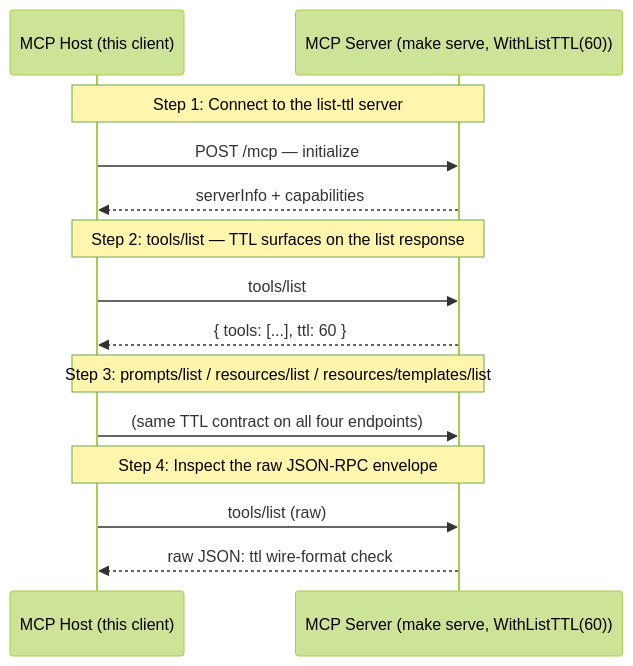
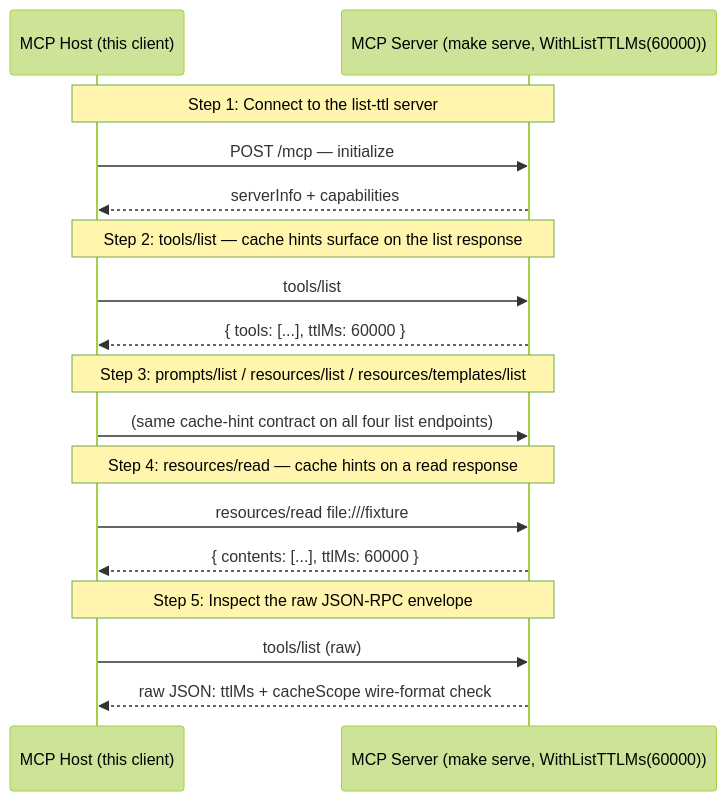
One commit to panyam/mcpkit changed the diagram in examples/list-ttl/WALKTHROUGH.md. Above: the diagram before and after it, drawn with Mermaid (forest theme). The commit also changed other lines of this file and 18 other files, not shown here.

First line of the commit message:
feat(core,server,client): SEP-2549 Final-merge catch-up (ttlMs + cacheScope + resources/read)

````diff
--- a/examples/list-ttl/WALKTHROUGH.md
+++ b/examples/list-ttl/WALKTHROUGH.md
@@ -14,20 +15,24 @@
 ```mermaid
 sequenceDiagram
     participant Host as MCP Host (this client)
-    participant Server as MCP Server (make serve, WithListTTL(60))
+    participant Server as MCP Server (make serve, WithListTTLMs(60000))
 
     Note over Host,Server: Step 1: Connect to the list-ttl server
     Host->>Server: POST /mcp — initialize
     Server-->>Host: serverInfo + capabilities
 
-    Note over Host,Server: Step 2: tools/list — TTL surfaces on the list response
+    Note over Host,Server: Step 2: tools/list — cache hints surface on the list response
     Host->>Server: tools/list
-    Server-->>Host: { tools: [...], ttl: 60 }
+    Server-->>Host: { tools: [...], ttlMs: 60000 }
 
     Note over Host,Server: Step 3: prompts/list / resources/list / resources/templates/list
-    Host->>Server: (same TTL contract on all four endpoints)
+    Host->>Server: (same cache-hint contract on all four list endpoints)
 
-    Note over Host,Server: Step 4: Inspect the raw JSON-RPC envelope
+    Note over Host,Server: Step 4: resources/read — cache hints on a read response
+    Host->>Server: resources/read file:///fixture
+    Server-->>Host: { contents: [...], ttlMs: 60000 }
+
+    Note over Host,Server: Step 5: Inspect the raw JSON-RPC envelope
     Host->>Server: tools/list (raw)
-    Server-->>Host: raw JSON: ttl wire-format check
+    Server-->>Host: raw JSON: ttlMs + cacheScope wire-format check
 ```
````
